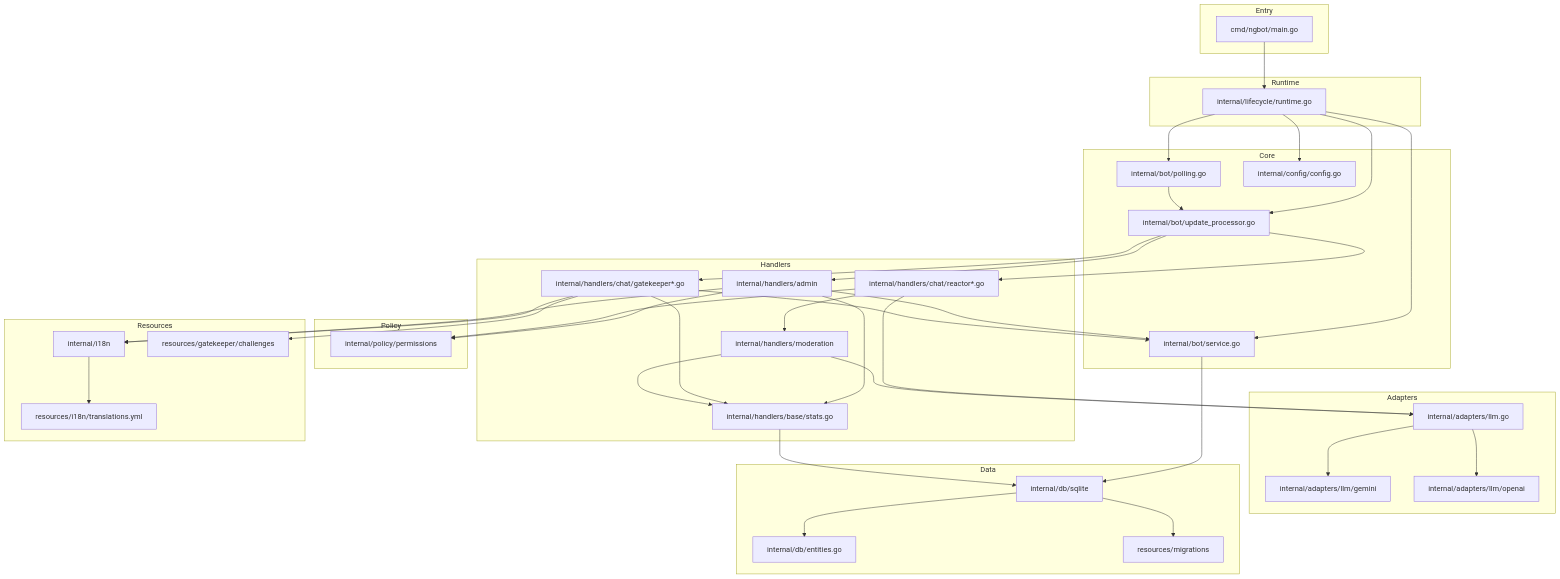
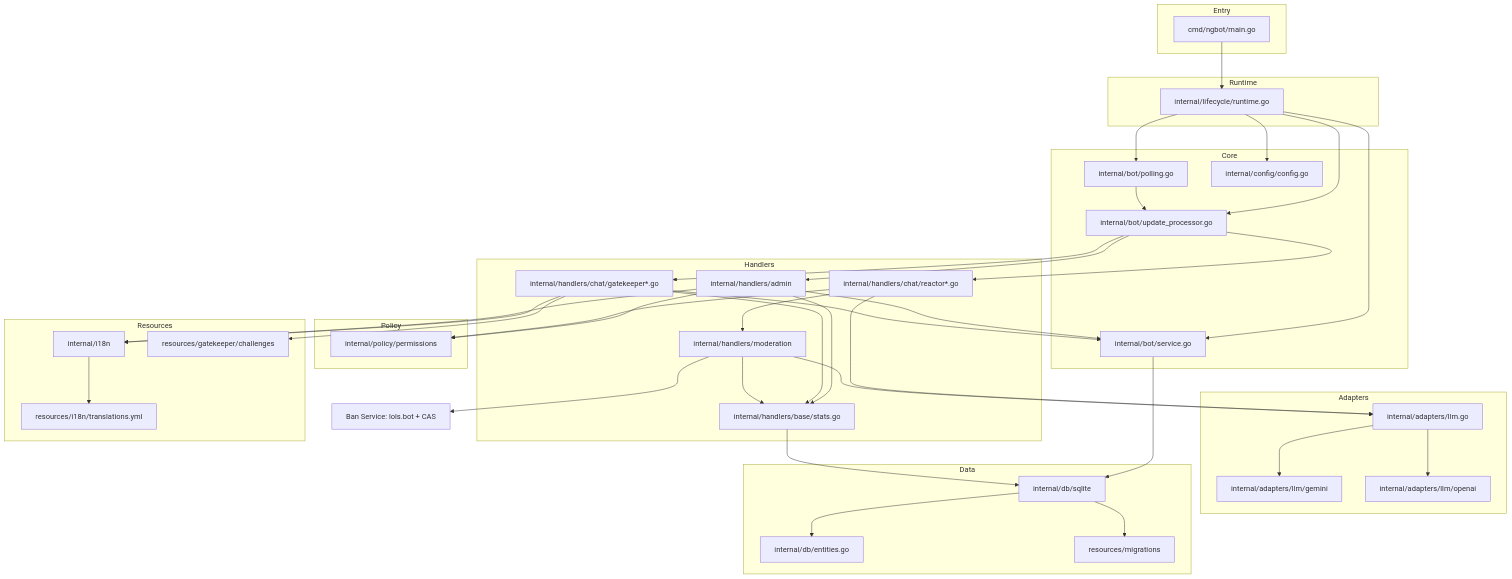
Before and after one commit to iamwavecut/ngbot: the first of 10 diagrams in docs/CODEBASE_MAP.md, drawn with Mermaid. The commit also changed other lines of this file, not shown here.

Commit message:
docs: update CODEBASE_MAP with new last mapped date and total files; enhance ngbot description with multi-provider ban checking and additional tests for improved moderation capabilities

```diff
--- a/docs/CODEBASE_MAP.md
+++ b/docs/CODEBASE_MAP.md
@@ -76,6 +76,7 @@
     Reactor --> LLM
 
     Moderation --> LLM
+    Moderation --> BanService[Ban Service: lols.bot + CAS]
     LLM --> Gemini
     LLM --> OpenAI
 
```
